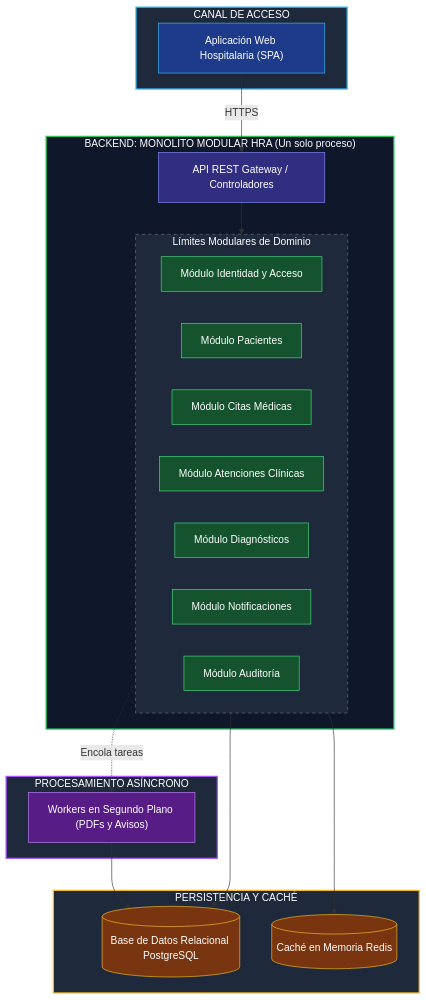
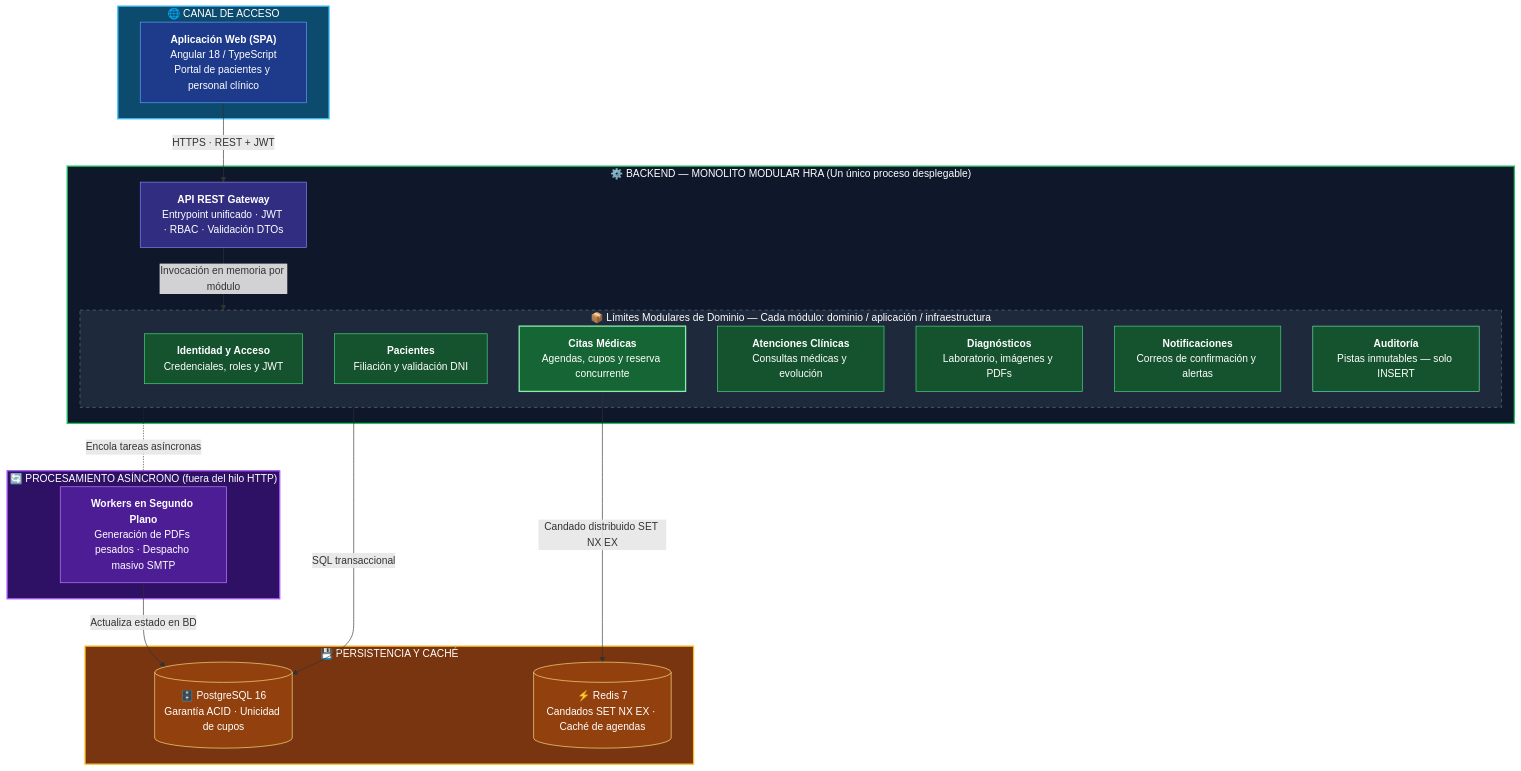
Before and after one commit to Pierrot-01/Proyecto_Hospital: the diagram in Docs/02-arquitectura-software/estilo-arquitectonico.md, drawn with Mermaid. The commit also changed other lines of this file and 21 other files, not shown here.

Commit message:
docs(c4): actualizar diagramas mermaid C4 con etiquetas de imagen, imagenes renderizadas y guia de sustentacion

````diff
--- a/Docs/02-arquitectura-software/estilo-arquitectonico.md
+++ b/Docs/02-arquitectura-software/estilo-arquitectonico.md
@@ -22,56 +24,56 @@
 ```mermaid
 flowchart TD
 
-subgraph CLIENTE["CANAL DE ACCESO"]
-    SPA["Aplicación Web Hospitalaria (SPA)"]
+subgraph CLIENTE["🌐 CANAL DE ACCESO"]
+    SPA["<b>Aplicación Web (SPA)</b><br>Angular 18 / TypeScript<br>Portal de pacientes y personal clínico"]
 end
 
-subgraph MONOLITO["BACKEND: MONOLITO MODULAR HRA (Un solo proceso)"]
-    API["API REST Gateway / Controladores"]
-    
-    subgraph MODULOS["Límites Modulares de Dominio"]
-        M1["Módulo Identidad y Acceso"]
-        M2["Módulo Pacientes"]
-        M3["Módulo Citas Médicas"]
-        M4["Módulo Atenciones Clínicas"]
-        M5["Módulo Diagnósticos"]
-        M6["Módulo Notificaciones"]
-        M7["Módulo Auditoría"]
+subgraph MONOLITO["⚙️ BACKEND — MONOLITO MODULAR HRA (Un único proceso desplegable)"]
+    API["<b>API REST Gateway</b><br>Entrypoint unificado · JWT · RBAC · Validación DTOs"]
+
+    subgraph MODULOS["📦 Límites Modulares de Dominio — Cada módulo: dominio / aplicación / infraestructura"]
+        M1["<b>Identidad y Acceso</b><br>Credenciales, roles y JWT"]
+        M2["<b>Pacientes</b><br>Filiación y validación DNI"]
+        M3["<b>Citas Médicas</b><br>Agendas, cupos y reserva concurrente"]
+        M4["<b>Atenciones Clínicas</b><br>Consultas médicas y evolución"]
+        M5["<b>Diagnósticos</b><br>Laboratorio, imágenes y PDFs"]
+        M6["<b>Notificaciones</b><br>Correos de confirmación y alertas"]
+        M7["<b>Auditoría</b><br>Pistas inmutables — solo INSERT"]
     end
 end
 
-subgraph ASINCRONO["PROCESAMIENTO ASÍNCRONO"]
-    Worker["Workers en Segundo Plano (PDFs y Avisos)"]
+subgraph ASINCRONO["🔄 PROCESAMIENTO ASÍNCRONO (fuera del hilo HTTP)"]
+    Worker["<b>Workers en Segundo Plano</b><br>Generación de PDFs pesados · Despacho masivo SMTP"]
 end
 
-subgraph DATOS["PERSISTENCIA Y CACHÉ"]
-    BD[("Base de Datos Relacional PostgreSQL")]
-    Cache[("Caché en Memoria Redis")]
+subgraph DATOS["💾 PERSISTENCIA Y CACHÉ"]
+    BD[("🗄️ PostgreSQL 16<br>Garantía ACID · Unicidad de cupos")]
+    Cache[("⚡ Redis 7<br>Candados SET NX EX · Caché de agendas")]
 end
 
-SPA -->|HTTPS| API
-API --> MODULOS
-MODULOS --> BD
-MODULOS --> Cache
-MODULOS -.->|Encola tareas| Worker
-Worker --> BD
+SPA -->|"HTTPS · REST + JWT"| API
+API -->|"Invocación en memoria por módulo"| MODULOS
+MODULOS -->|"SQL transaccional"| BD
+M3 -->|"Candado distribuido SET NX EX"| Cache
+MODULOS -.-|"Encola tareas asíncronas"| Worker
+Worker -->|"Actualiza estado en BD"| BD
 
-style CLIENTE fill:#1e293b,stroke:#38bdf8,stroke-width:2px,color:#fff
+style CLIENTE fill:#0c4a6e,stroke:#38bdf8,stroke-width:2px,color:#fff
 style MONOLITO fill:#0f172a,stroke:#22c55e,stroke-width:2px,color:#fff
 style MODULOS fill:#1e293b,stroke:#64748b,stroke-dasharray: 5 5,color:#fff
-style ASINCRONO fill:#1e293b,stroke:#a855f7,stroke-width:2px,color:#fff
-style DATOS fill:#1e293b,stroke:#fbbf24,stroke-width:2px,color:#fff
+style ASINCRONO fill:#2e1065,stroke:#a855f7,stroke-width:2px,color:#fff
+style DATOS fill:#78350f,stroke:#fbbf24,stroke-width:2px,color:#fff
 
-style SPA fill:#1e3a8a,stroke:#38bdf8,color:#fff
+style SPA fill:#1e3a8a,stroke:#60a5fa,color:#fff
 style API fill:#312e81,stroke:#818cf8,color:#fff
 style M1 fill:#14532d,stroke:#4ade80,color:#fff
 style M2 fill:#14532d,stroke:#4ade80,color:#fff
-style M3 fill:#14532d,stroke:#4ade80,color:#fff
+style M3 fill:#166534,stroke:#86efac,stroke-width:2px,color:#fff
 style M4 fill:#14532d,stroke:#4ade80,color:#fff
 style M5 fill:#14532d,stroke:#4ade80,color:#fff
 style M6 fill:#14532d,stroke:#4ade80,color:#fff
-style M7 fill:#14532d,stroke:#4ade80,color:#fff
-style Worker fill:#581c87,stroke:#c084fc,color:#fff
-style BD fill:#78350f,stroke:#fbbf24,color:#fff
-style Cache fill:#78350f,stroke:#fbbf24,color:#fff
+style M7 fill:#14532d,stroke:#6ee7b7,color:#fff
+style Worker fill:#4c1d95,stroke:#c084fc,color:#fff
+style BD fill:#92400e,stroke:#fde68a,color:#fff
+style Cache fill:#92400e,stroke:#fde68a,color:#fff
 ```
````
